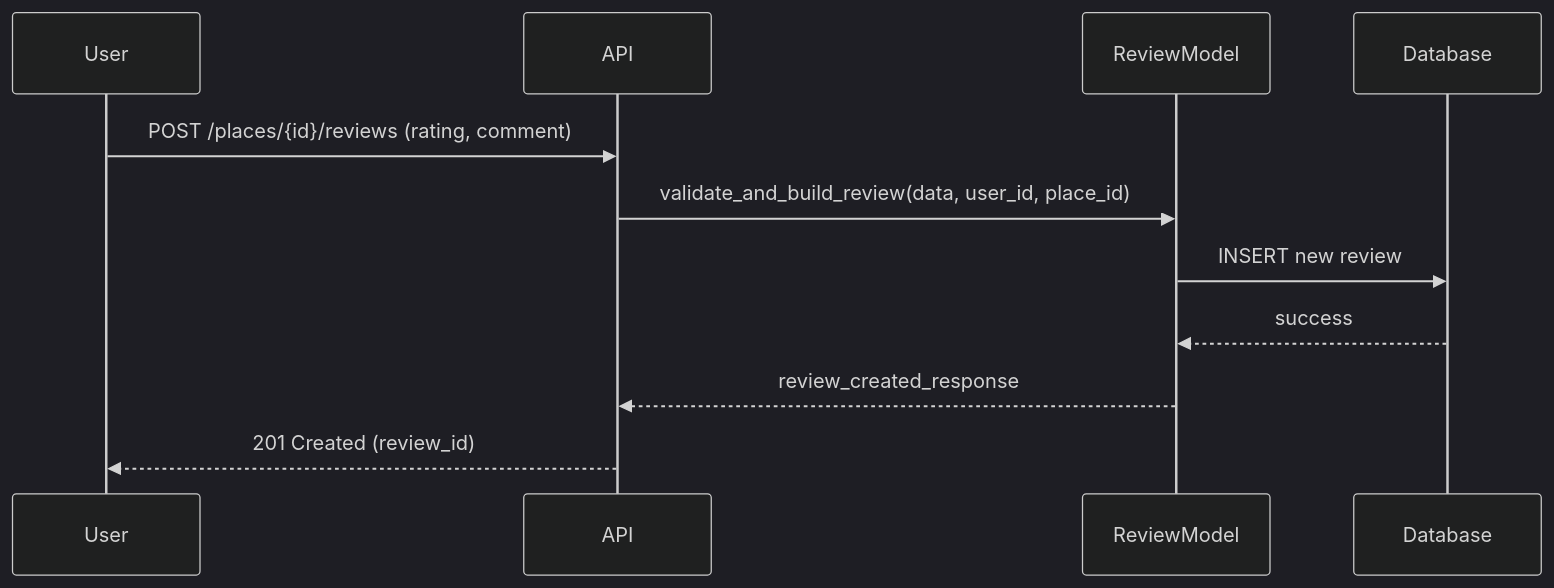
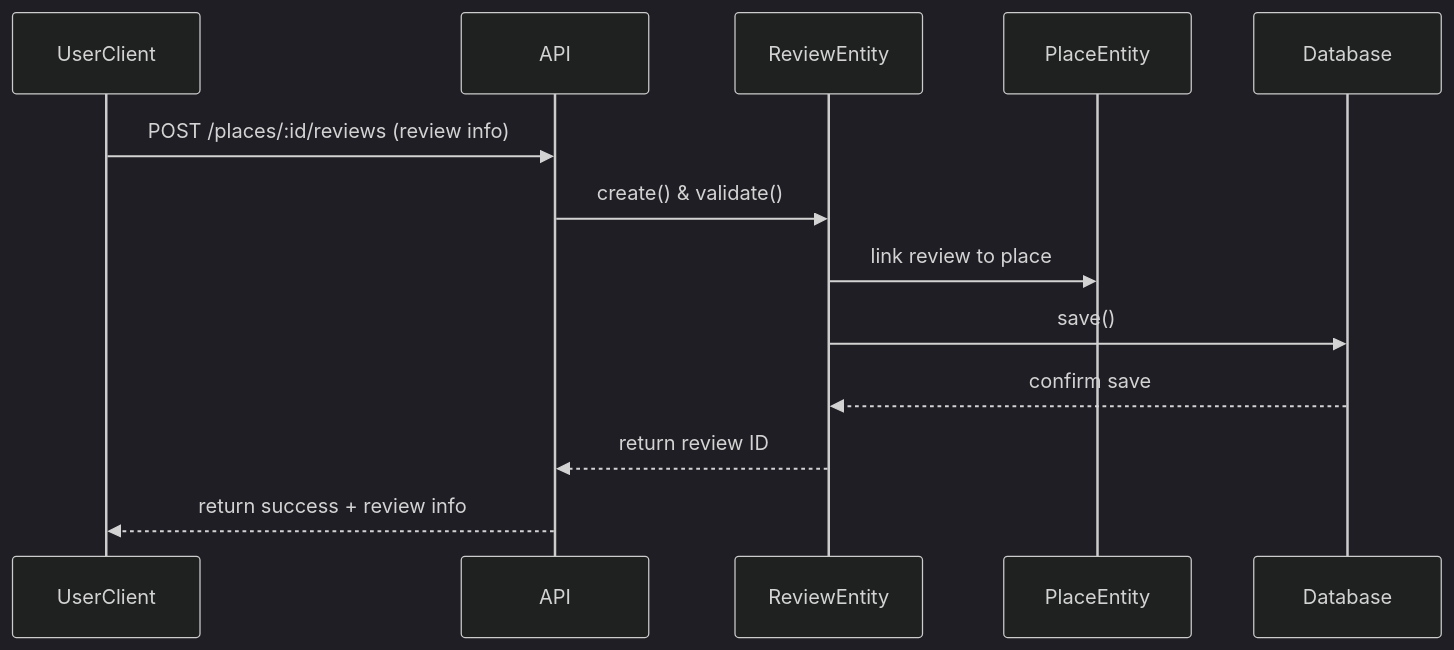
The third of 4 diagrams in part1/2. Sequence Diagrams for API Calls.md (loicleguen/holbertonschool-hbnb), drawn with Mermaid (dark theme) before and after one commit. The commit also changed other lines of this file, not shown here.

Commit message:
refactor: update sequence diagrams for API calls to improve clarity and consistency

````diff
--- a/part1/2. Sequence Diagrams for API Calls.md
+++ b/part1/2. Sequence Diagrams for API Calls.md
@@ -60,14 +62,17 @@
 ```mermaid
 sequenceDiagram
-    participant User
-    participant API
-    participant BusinessLogic as ReviewModel
-    participant Database
+participant UserClient
+participant API
+participant ReviewEntity
+participant PlaceEntity
+participant Database
 
-    User->>API: POST /places/{id}/reviews (rating, comment)
-    API->>BusinessLogic: validate_and_build_review(data, user_id, place_id)
-    BusinessLogic->>Database: INSERT new review
-    Database-->>BusinessLogic: success
-    BusinessLogic-->>API: review_created_response
-    API-->>User: 201 Created (review_id)
+UserClient->>API: POST /places/:id/reviews (review info)
+API->>ReviewEntity: create() & validate()
+ReviewEntity->>PlaceEntity: link review to place
+ReviewEntity->>Database: save()
+Database-->>ReviewEntity: confirm save
+ReviewEntity-->>API: return review ID
+API-->>UserClient: return success + review info
+
 ```
````
